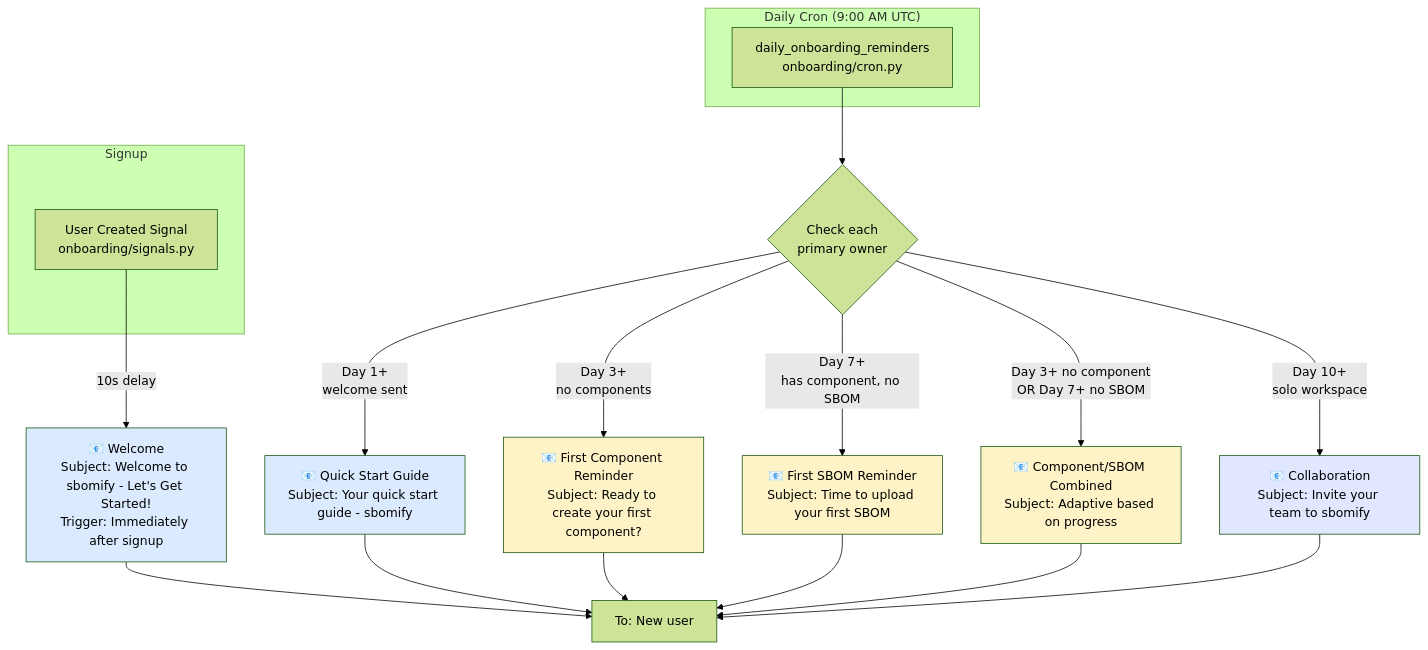
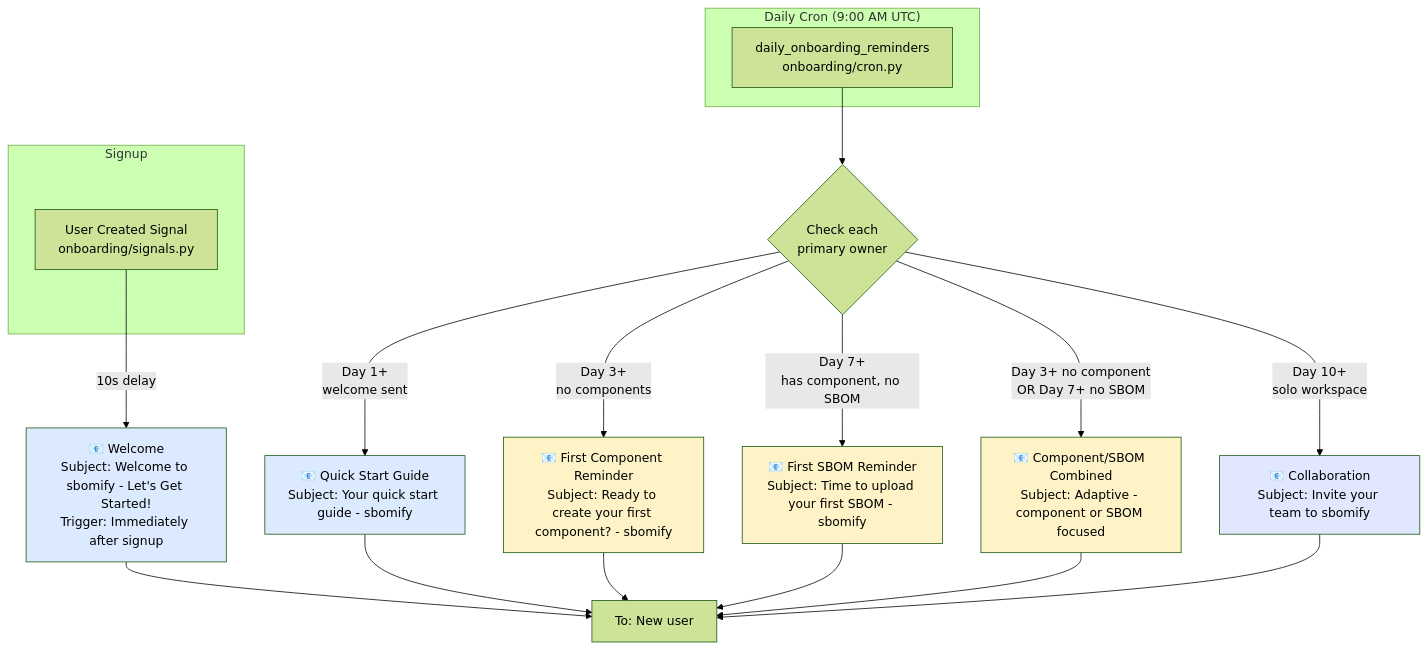
Before and after one commit to sbomify/sbomify: the second of 7 diagrams in docs/email-triggers.md, drawn with Mermaid (forest theme). The commit also changed other lines of this file, not shown here.

````diff
--- a/docs/email-triggers.md
+++ b/docs/email-triggers.md
@@ -84,38 +85,38 @@
 ```mermaid
 flowchart TD
     subgraph Signup
         S1[User Created Signal\nonboarding/signals.py]
     end
 
     subgraph "Daily Cron (9:00 AM UTC)"
         C1[daily_onboarding_reminders\nonboarding/cron.py]
     end
 
     S1 --> |"10s delay"| E1["📧 Welcome\nSubject: Welcome to sbomify - Let's Get Started!\nTrigger: Immediately after signup"]
 
     C1 --> CHECK{Check each\nprimary owner}
 
     CHECK --> |"Day 1+\nwelcome sent"| E2["📧 Quick Start Guide\nSubject: Your quick start guide - sbomify"]
 
-    CHECK --> |"Day 3+\nno components"| E3["📧 First Component Reminder\nSubject: Ready to create your first component?"]
+    CHECK --> |"Day 3+\nno components"| E3["📧 First Component Reminder\nSubject: Ready to create your first component? - sbomify"]
 
-    CHECK --> |"Day 7+\nhas component, no SBOM"| E4["📧 First SBOM Reminder\nSubject: Time to upload your first SBOM"]
+    CHECK --> |"Day 7+\nhas component, no SBOM"| E4["📧 First SBOM Reminder\nSubject: Time to upload your first SBOM - sbomify"]
 
-    CHECK --> |"Day 3+ no component\nOR Day 7+ no SBOM"| E5["📧 Component/SBOM Combined\nSubject: Adaptive based on progress"]
+    CHECK --> |"Day 3+ no component\nOR Day 7+ no SBOM"| E5["📧 Component/SBOM Combined\nSubject: Adaptive - component or SBOM focused"]
 
     CHECK --> |"Day 10+\nsolo workspace"| E6["📧 Collaboration\nSubject: Invite your team to sbomify"]
 
     E1 --> R1[To: New user]
     E2 --> R1
     E3 --> R1
     E4 --> R1
     E5 --> R1
     E6 --> R1
 
     style E1 fill:#dbeafe
     style E2 fill:#dbeafe
     style E3 fill:#fef3c7
     style E4 fill:#fef3c7
     style E5 fill:#fef3c7
     style E6 fill:#e0e7ff
 ```
````
